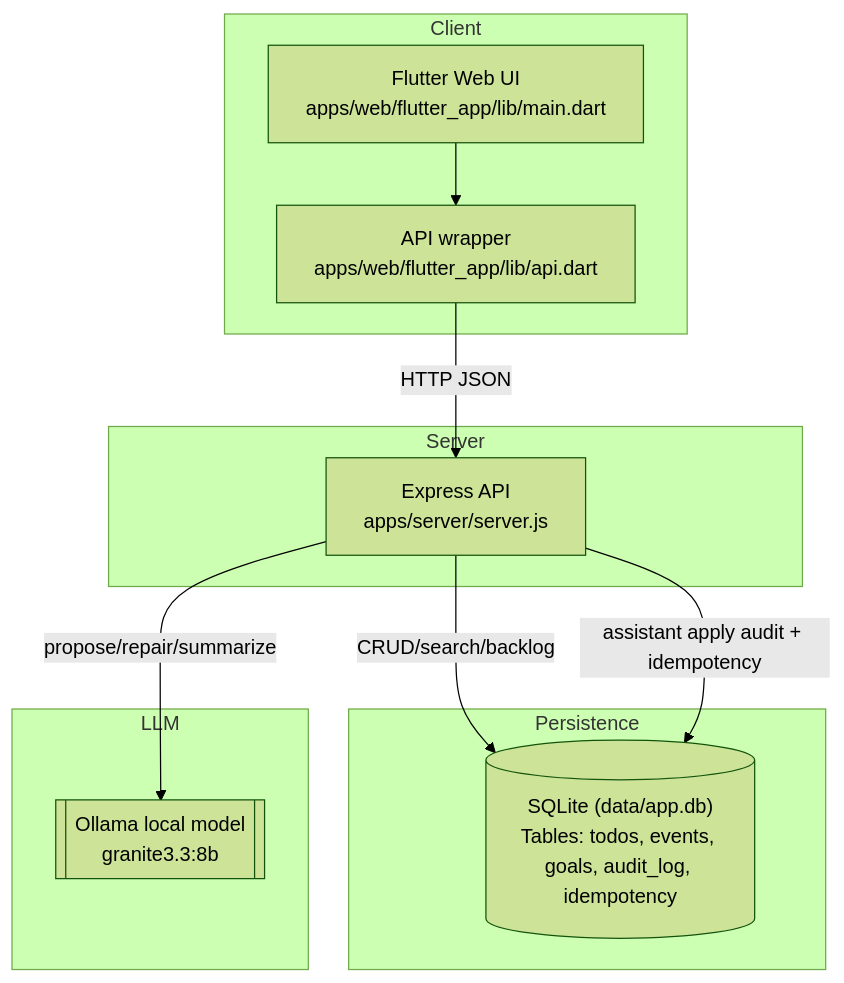
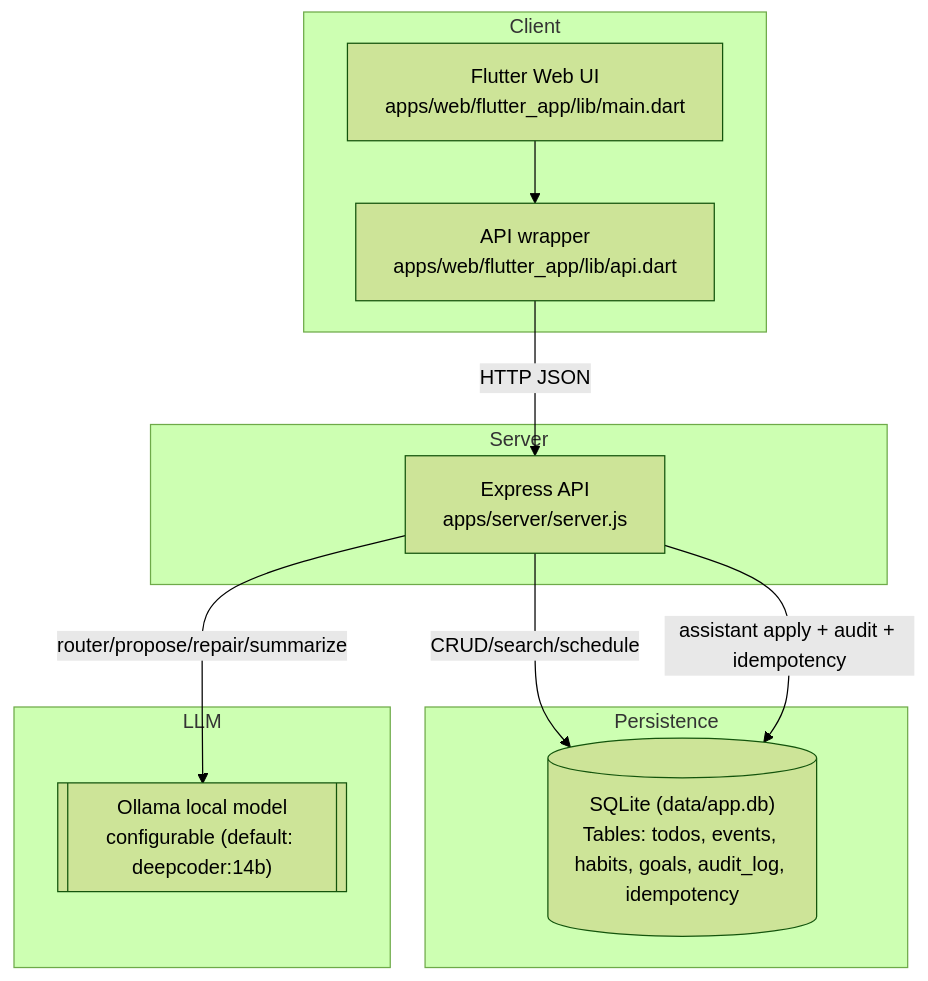
Before and after one commit to dantheman454/habit_app: the first of 2 diagrams in docs/mindmap/README.md, drawn with Mermaid (forest theme). The commit also changed other lines of this file and 30 other files, not shown here.

First line of the commit message:
Refactor backend algorithms and client architecture documentation for clarity and completeness

````diff
--- a/docs/mindmap/README.md
+++ b/docs/mindmap/README.md
@@ -7,22 +7,22 @@
 ```mermaid
 graph TD
   subgraph "Client"
     A["Flutter Web UI\napps/web/flutter_app/lib/main.dart"]
     A2["API wrapper\napps/web/flutter_app/lib/api.dart"]
   end
   subgraph "Server"
     B["Express API\napps/server/server.js"]
   end
   subgraph "Persistence"
-    P[("SQLite (data/app.db)\nTables: todos, events, goals, audit_log, idempotency")]
+    P[("SQLite (data/app.db)\nTables: todos, events, habits, goals, audit_log, idempotency")]
   end
   subgraph "LLM"
-    F[["Ollama local model\ngranite3.3:8b"]]
+    F[["Ollama local model\nconfigurable (default: deepcoder:14b)"]]
   end
 
   A --> A2
   A2 -->|"HTTP JSON"| B
-  B -->|"CRUD/search/backlog"| P
-  B -->|"assistant apply audit + idempotency"| P
-  B -->|"propose/repair/summarize"| F
+  B -->|"CRUD/search/schedule"| P
+  B -->|"assistant apply + audit + idempotency"| P
+  B -->|"router/propose/repair/summarize"| F
 ```
````
